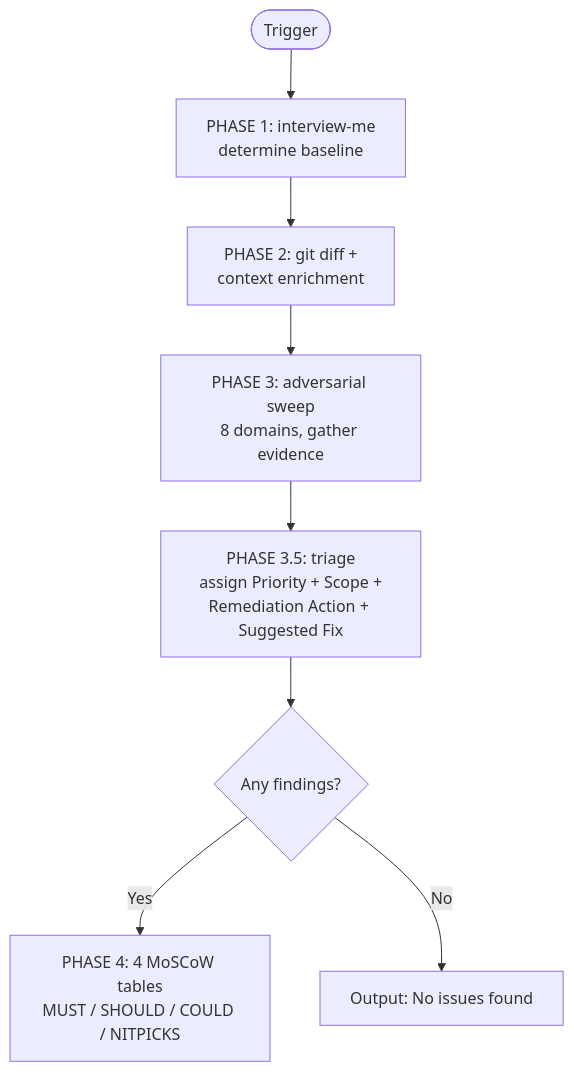
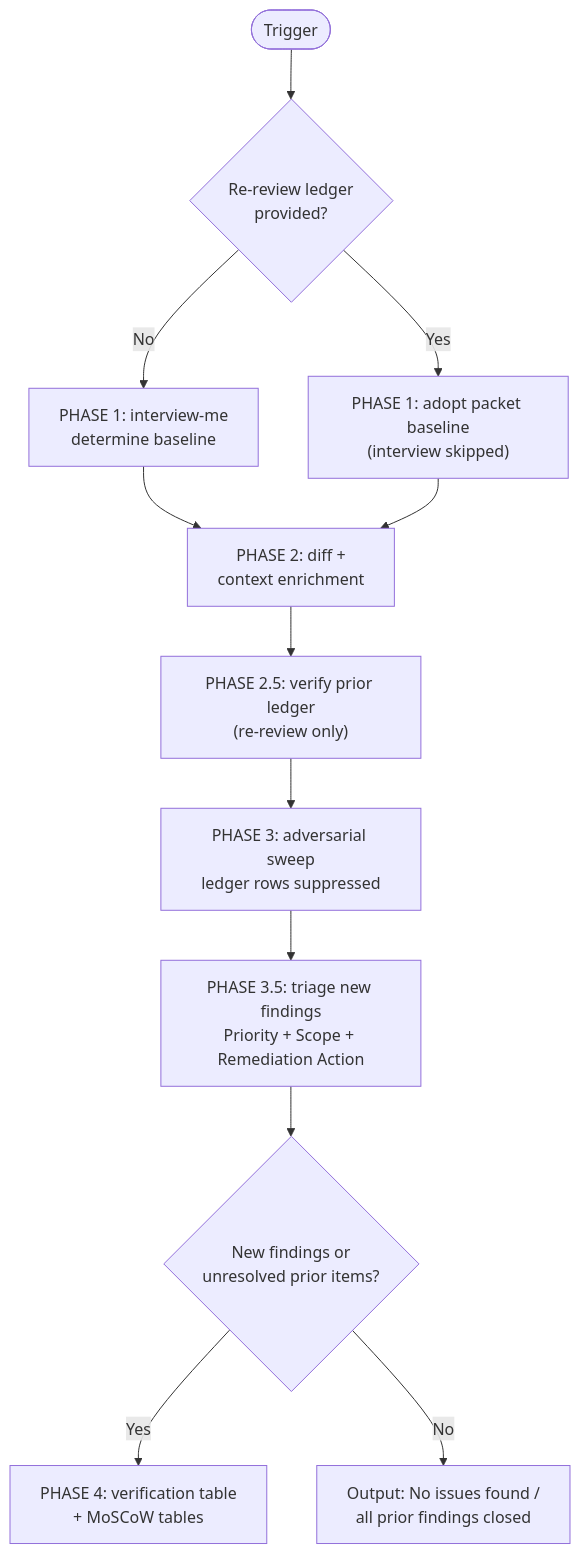
The diagram in skills/adversarial-review/SKILL.md (MegaByteMark/skills-to-pay-the-ai-bills), drawn with Mermaid before and after one commit. The commit also changed other lines of this file and 4 other files, not shown here.

First line of the commit message:
feat(review): formalise re-review rounds with a prior-findings ledger

````diff
--- a/skills/adversarial-review/SKILL.md
+++ b/skills/adversarial-review/SKILL.md
@@ -56,10 +66,14 @@
 ```mermaid
 flowchart TD
-    TRIGGER(["Trigger"]) --> PH1["PHASE 1: interview-me<br>determine baseline"]
-    PH1 --> PH2["PHASE 2: git diff +<br>context enrichment"]
-    PH2 --> PH3["PHASE 3: adversarial sweep<br>8 domains, gather evidence"]
-    PH3 --> PH35["PHASE 3.5: triage<br>assign Priority + Scope +<br>Remediation Action + Suggested Fix"]
-    PH35 --> FOUND{Any findings?}
-    FOUND -->|Yes| REPORT["PHASE 4: 4 MoSCoW tables<br>MUST / SHOULD / COULD / NITPICKS"]
-    FOUND -->|No| CLEAR["Output: No issues found"]
+    TRIGGER(["Trigger"]) --> MODE{Re-review ledger<br>provided?}
+    MODE -->|No| PH1["PHASE 1: interview-me<br>determine baseline"]
+    MODE -->|Yes| PH1R["PHASE 1: adopt packet baseline<br>(interview skipped)"]
+    PH1 --> PH2["PHASE 2: diff +<br>context enrichment"]
+    PH1R --> PH2
+    PH2 --> PH25["PHASE 2.5: verify prior ledger<br>(re-review only)"]
+    PH25 --> PH3["PHASE 3: adversarial sweep<br>ledger rows suppressed"]
+    PH3 --> PH35["PHASE 3.5: triage new findings<br>Priority + Scope + Remediation Action"]
+    PH35 --> OPEN{New findings or<br>unresolved prior items?}
+    OPEN -->|Yes| REPORT["PHASE 4: verification table<br>+ MoSCoW tables"]
+    OPEN -->|No| CLEAR["Output: No issues found /<br>all prior findings closed"]
 ```
````
